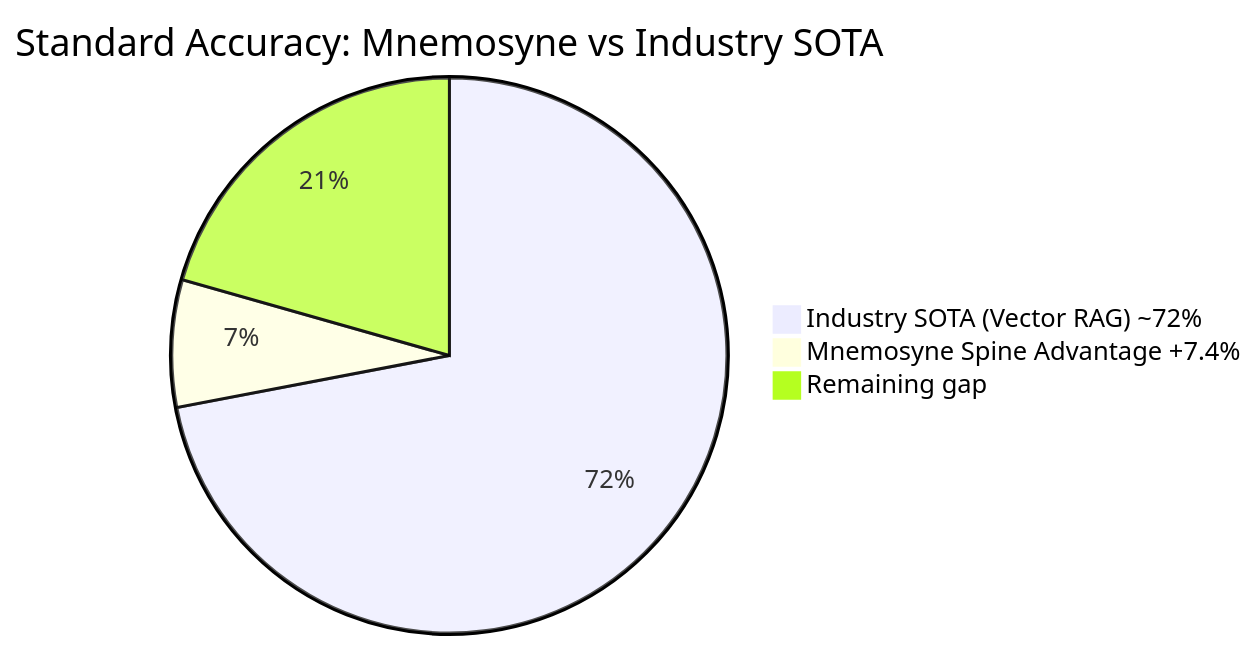
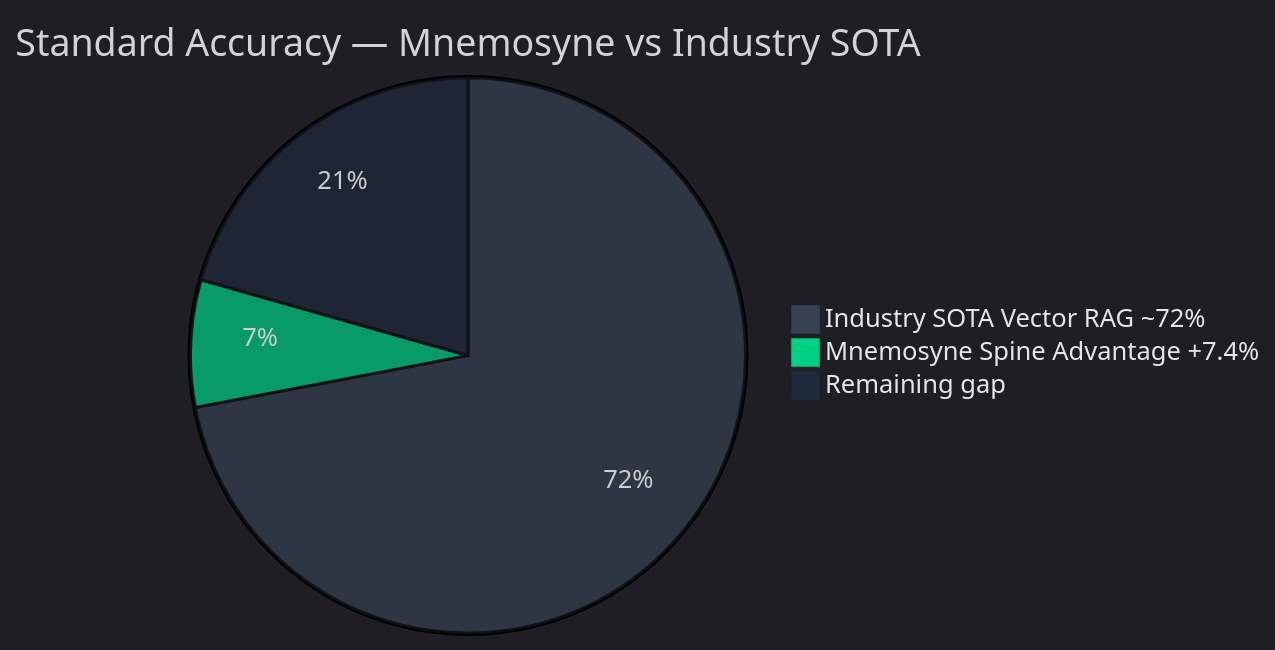
Before and after one commit to yaka0007/Mnemosyne-Neural-OS: the first of 3 diagrams in resonance-whitepaper/docs/02-the-spine-revelation.md, drawn with Mermaid. The commit also changed other lines of this file, not shown here.

Commit message:
fix: replace old pie chart and add missing RAG vs Mnemosyne comparison diagram in chapter II

````diff
--- a/resonance-whitepaper/docs/02-the-spine-revelation.md
+++ b/resonance-whitepaper/docs/02-the-spine-revelation.md
@@ -86,6 +86,7 @@
 ```mermaid
-pie title Standard Accuracy: Mnemosyne vs Industry SOTA
-    "Industry SOTA (Vector RAG) ~72%" : 72
+%%{init: {'theme': 'dark', 'themeVariables': {'primaryColor': '#0d1117', 'fontFamily': 'monospace', 'pie1': '#374151', 'pie2': '#00d084', 'pie3': '#1e293b', 'pieStrokeColor': '#0d1117', 'pieTextColor': '#e2e8f0', 'pieLegendTextColor': '#e2e8f0'}}}%%
+pie title Standard Accuracy — Mnemosyne vs Industry SOTA
+    "Industry SOTA Vector RAG ~72%" : 72
     "Mnemosyne Spine Advantage +7.4%" : 7.4
     "Remaining gap" : 20.6
 ```
````
